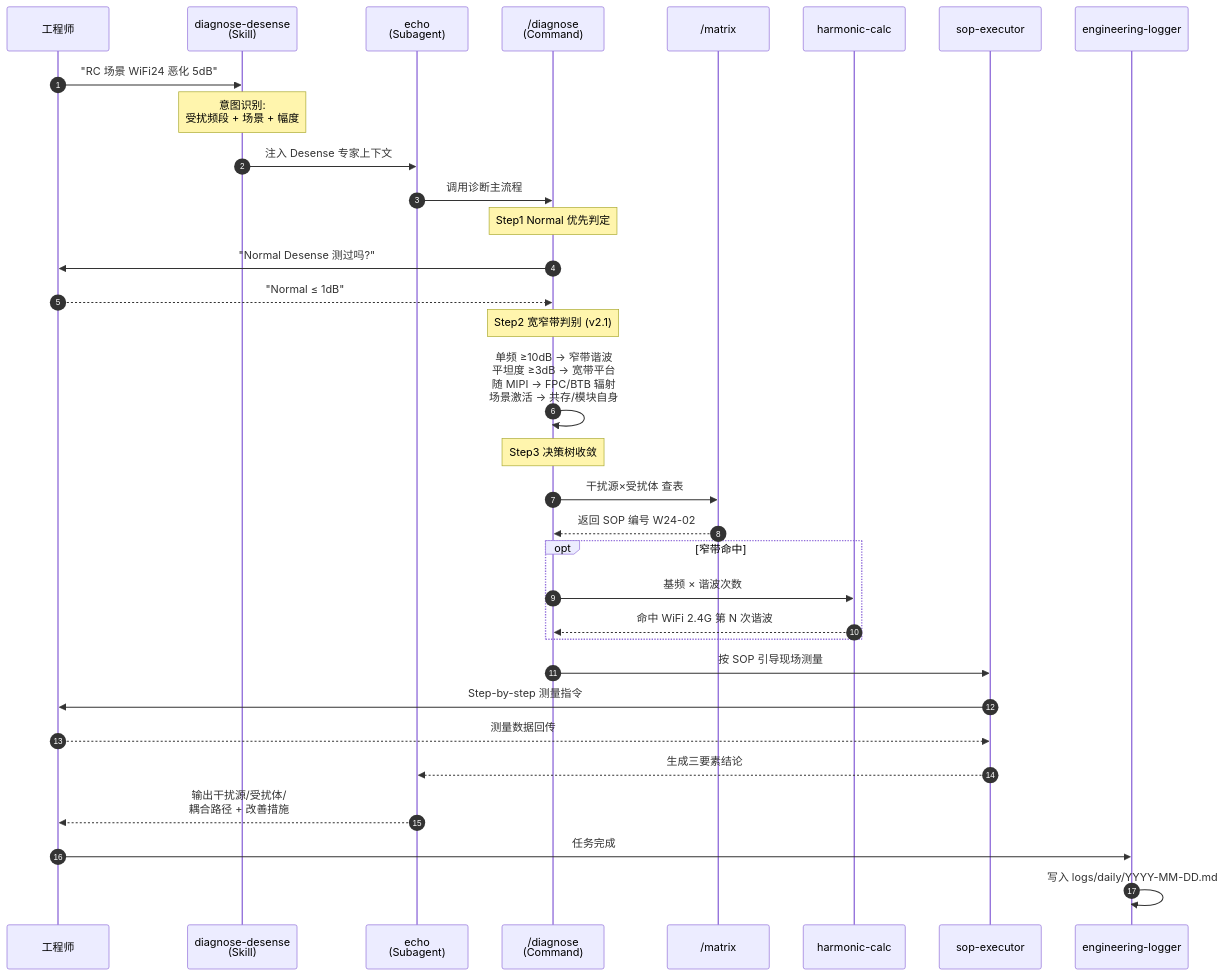
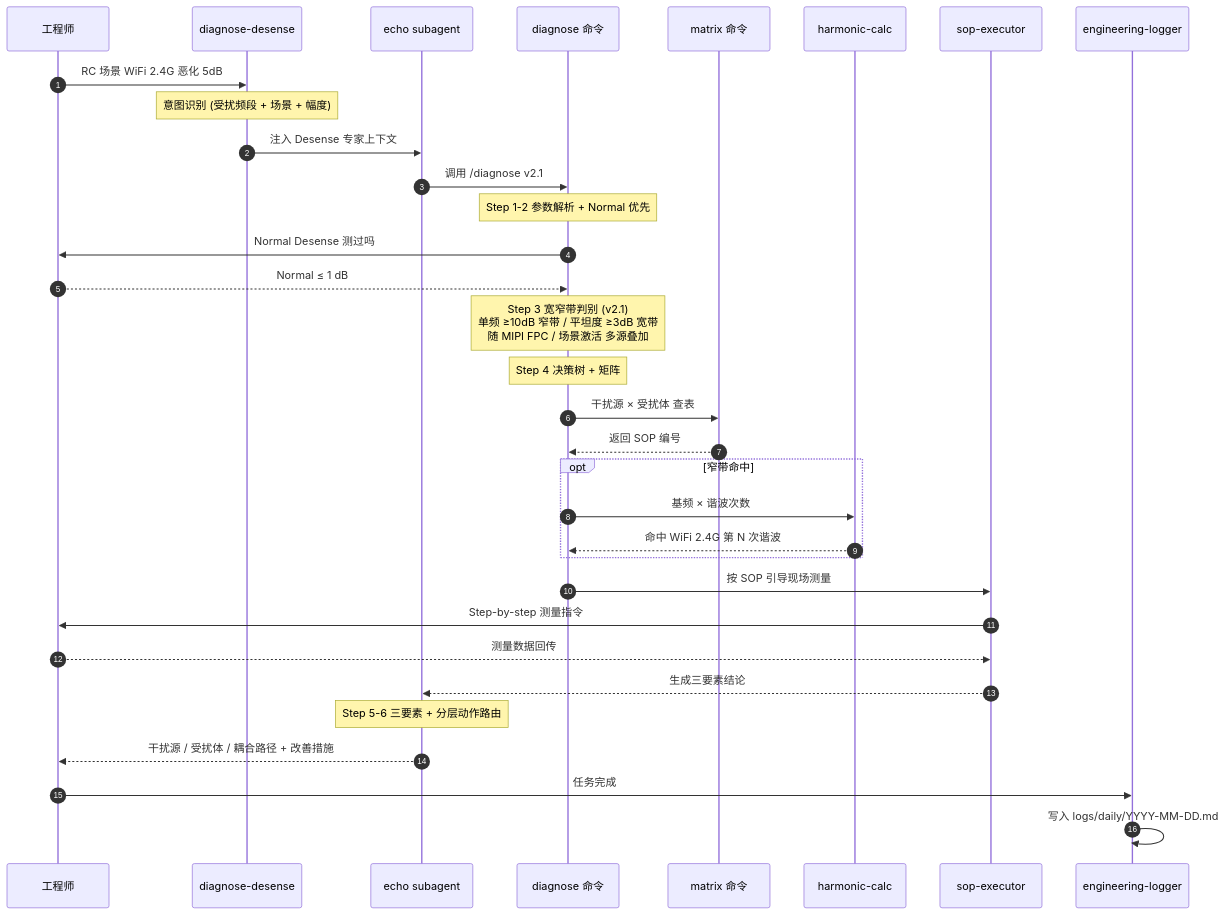
Before and after one commit to cuipointer/Echo: the second of 2 diagrams in docs/architecture/architecture.md, drawn with Mermaid. The commit also changed other lines of this file, not shown here.

First line of the commit message:
docs(architecture): 修复 Section 1 mermaid 渲染 + 刷新到 v2.3.0

````diff
--- a/docs/architecture/architecture.md
+++ b/docs/architecture/architecture.md
@@ -69,43 +67,43 @@
 ```mermaid
 sequenceDiagram
     autonumber
     participant U as 工程师
-    participant S as diagnose-desense<br/>(Skill)
-    participant E as echo<br/>(Subagent)
-    participant D as /diagnose<br/>(Command)
-    participant M as /matrix
+    participant S as diagnose-desense
+    participant E as echo subagent
+    participant D as diagnose 命令
+    participant M as matrix 命令
     participant H as harmonic-calc
     participant X as sop-executor
     participant L as engineering-logger
 
-    U->>S: "RC 场景 WiFi24 恶化 5dB"
-    Note over S: 意图识别:<br/>受扰频段 + 场景 + 幅度
+    U->>S: RC 场景 WiFi 2.4G 恶化 5dB
+    Note over S: 意图识别 (受扰频段 + 场景 + 幅度)
     S->>E: 注入 Desense 专家上下文
-    E->>D: 调用诊断主流程
+    E->>D: 调用 /diagnose v2.1
 
-    Note over D: Step1 Normal 优先判定
-    D->>U: "Normal Desense 测过吗?"
-    U-->>D: "Normal ≤ 1dB"
+    Note over D: Step 1-2 参数解析 + Normal 优先
+    D->>U: Normal Desense 测过吗
+    U-->>D: Normal ≤ 1 dB
 
-    Note over D: Step2 宽窄带判别 (v2.1)
-    D->>D: 单频 ≥10dB → 窄带谐波<br/>平坦度 ≥3dB → 宽带平台<br/>随 MIPI → FPC/BTB 辐射<br/>场景激活 → 共存/模块自身
+    Note over D: Step 3 宽窄带判别 (v2.1)<br/>单频 ≥10dB 窄带 / 平坦度 ≥3dB 宽带<br/>随 MIPI FPC / 场景激活 多源叠加
 
-    Note over D: Step3 决策树收敛
-    D->>M: 干扰源×受扰体 查表
-    M-->>D: 返回 SOP 编号 W24-02
+    Note over D: Step 4 决策树 + 矩阵
+    D->>M: 干扰源 × 受扰体 查表
+    M-->>D: 返回 SOP 编号
 
     opt 窄带命中
         D->>H: 基频 × 谐波次数
         H-->>D: 命中 WiFi 2.4G 第 N 次谐波
     end
 
     D->>X: 按 SOP 引导现场测量
     X->>U: Step-by-step 测量指令
     U-->>X: 测量数据回传
     X-->>E: 生成三要素结论
 
-    E-->>U: 输出干扰源/受扰体/<br/>耦合路径 + 改善措施
+    Note over E: Step 5-6 三要素 + 分层动作路由
+    E-->>U: 干扰源 / 受扰体 / 耦合路径 + 改善措施
 
     U->>L: 任务完成
     L->>L: 写入 logs/daily/YYYY-MM-DD.md
 ```
````
